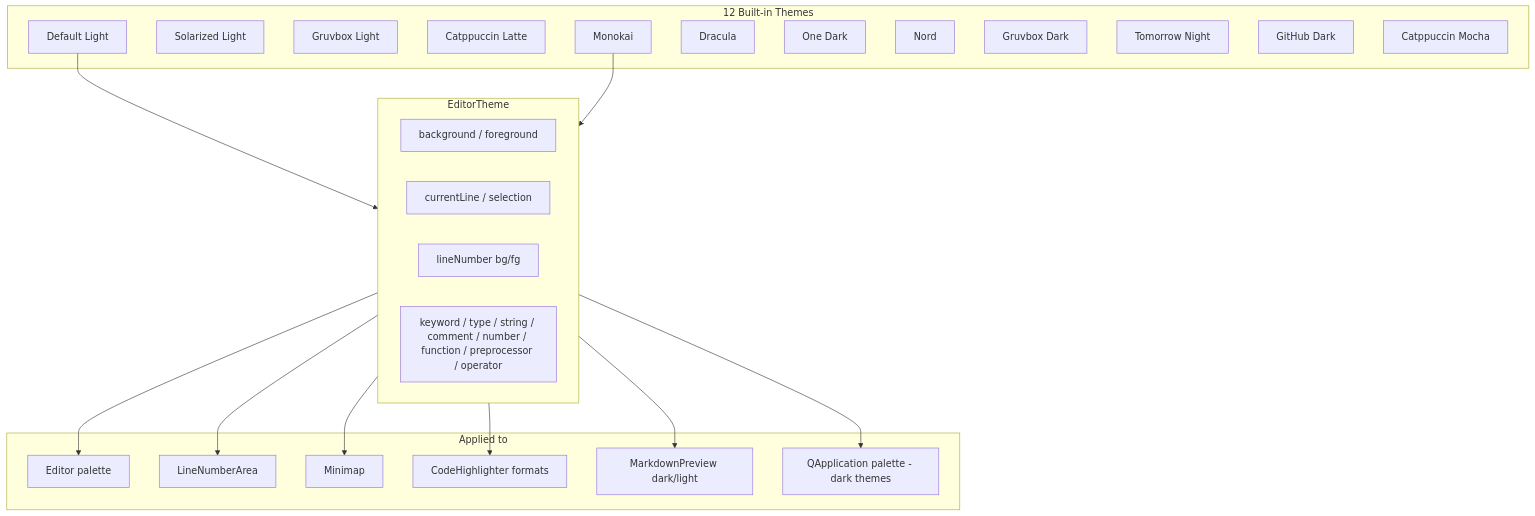
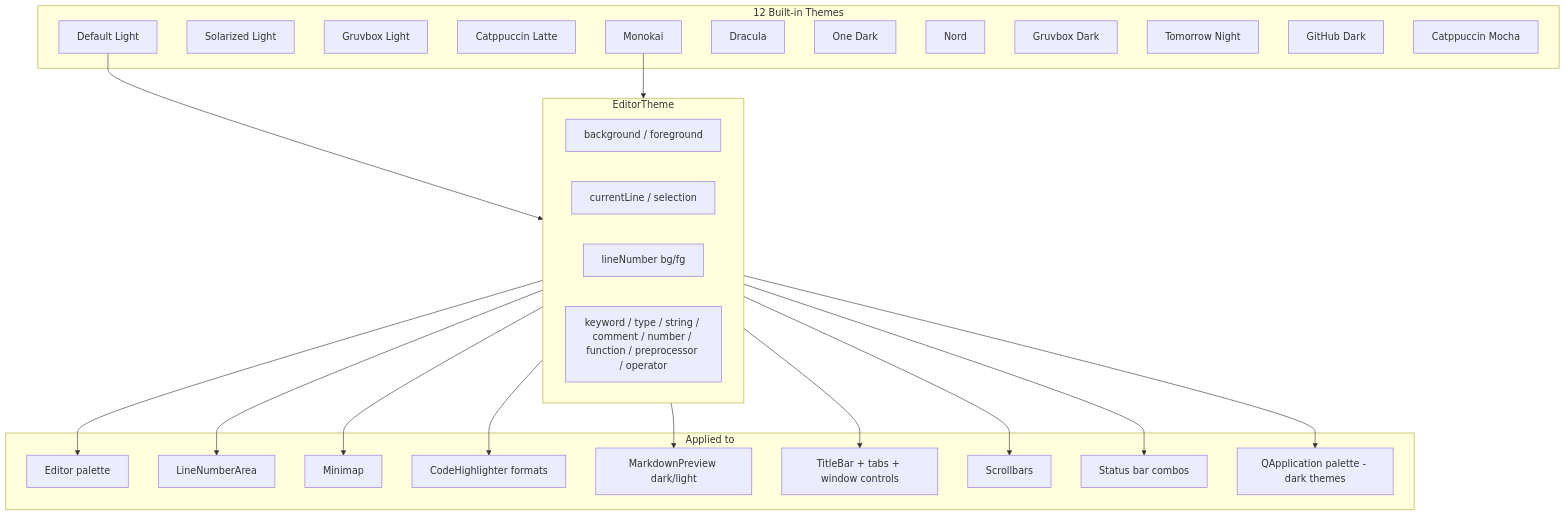
The ninth of 10 diagrams in docs/diagrams.md (dkrse/text-ed), drawn with Mermaid before and after one commit. The commit also changed other lines of this file and 9 other files, not shown here.

````diff
--- a/docs/diagrams.md
+++ b/docs/diagrams.md
@@ -333,36 +352,39 @@
 ```mermaid
 flowchart TB
     subgraph "12 Built-in Themes"
         L1[Default Light]
         L2[Solarized Light]
         L3[Gruvbox Light]
         L4[Catppuccin Latte]
         D1[Monokai]
         D2[Dracula]
         D3[One Dark]
         D4[Nord]
         D5[Gruvbox Dark]
         D6[Tomorrow Night]
         D7[GitHub Dark]
         D8[Catppuccin Mocha]
     end
 
     subgraph EditorTheme
         BG[background / foreground]
         CL[currentLine / selection]
         LN[lineNumber bg/fg]
         SY[keyword / type / string / comment / number / function / preprocessor / operator]
     end
 
     subgraph "Applied to"
         EP[Editor palette]
         LNA[LineNumberArea]
         MMP[Minimap]
         CHL[CodeHighlighter formats]
         MPV[MarkdownPreview dark/light]
+        TBR[TitleBar + tabs + window controls]
+        SBR[Scrollbars]
+        CMB[Status bar combos]
         AP[QApplication palette - dark themes]
     end
 
     L1 & D1 --> EditorTheme
-    EditorTheme --> EP & LNA & MMP & CHL & MPV & AP
+    EditorTheme --> EP & LNA & MMP & CHL & MPV & TBR & SBR & CMB & AP
 ```
````
